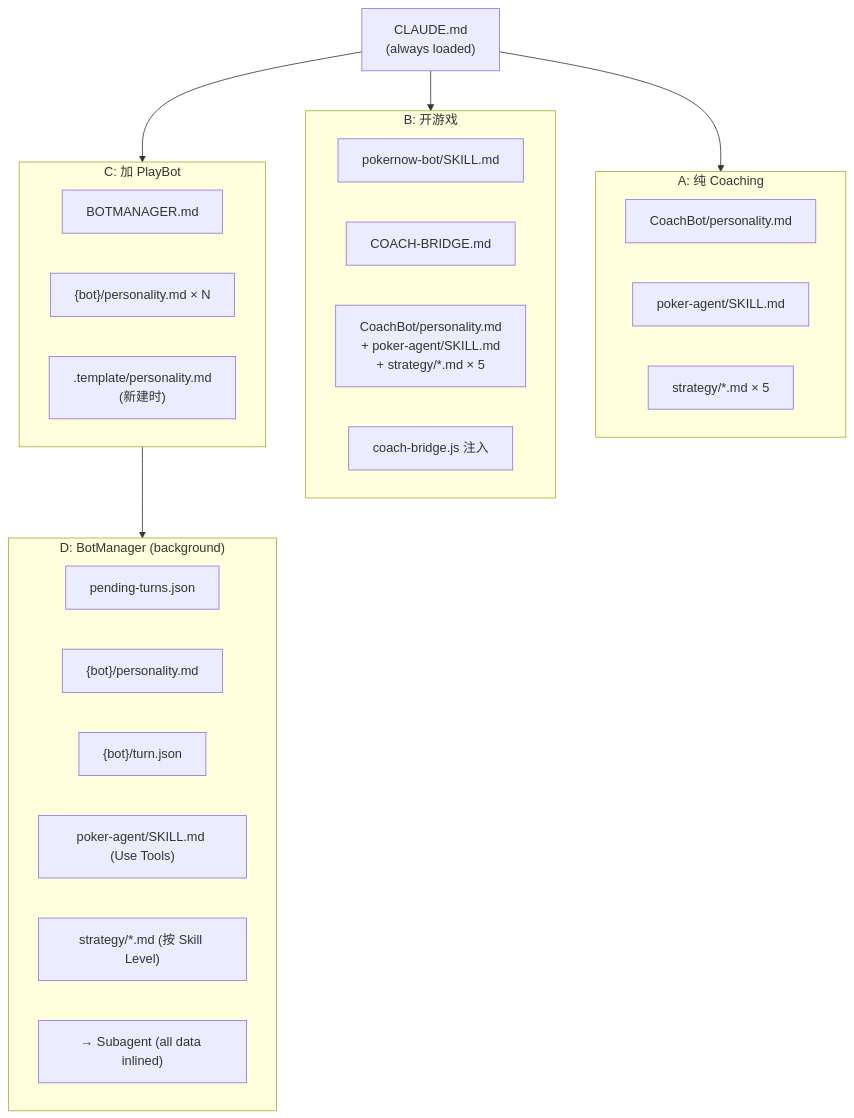
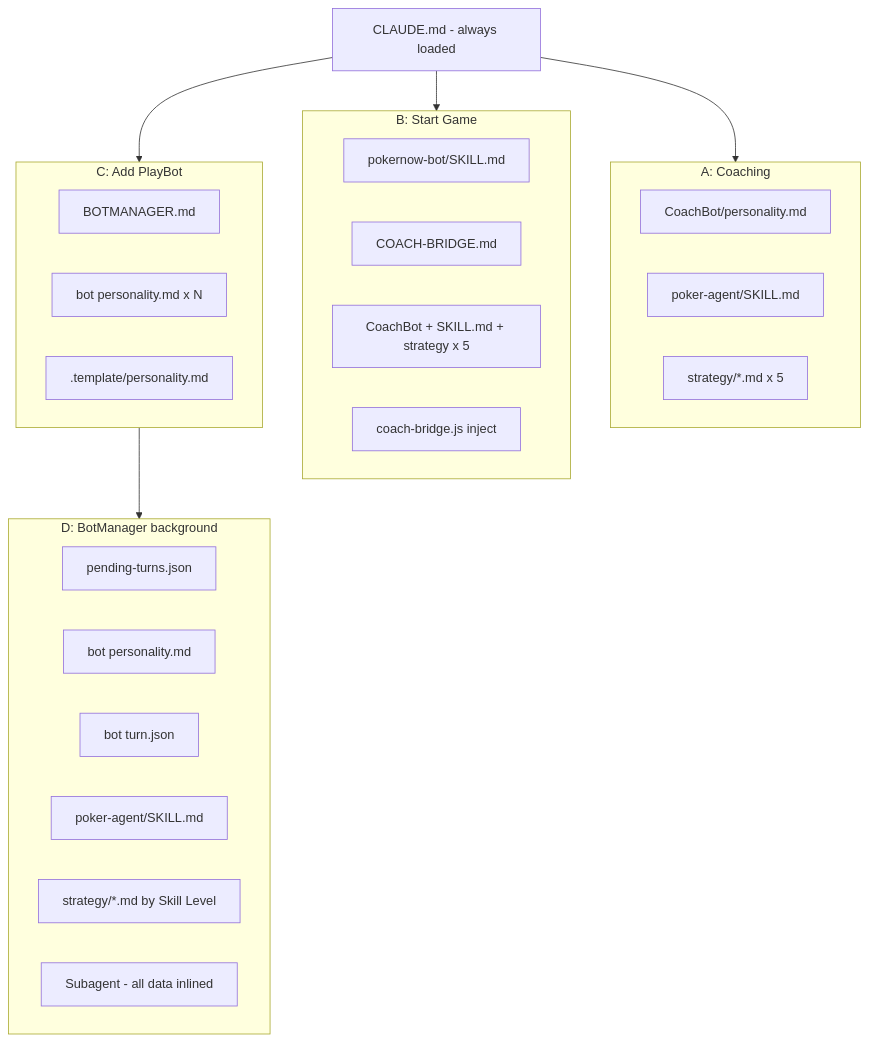
Before and after one commit to Trust-App-AI-Lab/PokerBot: the third of 3 diagrams in README.md, drawn with Mermaid. The commit also changed other lines of this file, not shown here.

First line of the commit message:
Fix mermaid diagram rendering on GitHub

````diff
--- a/README.md
+++ b/README.md
@@ -204,34 +207,36 @@
 ```mermaid
 flowchart TD
-    CM["CLAUDE.md\n(always loaded)"] --> A & B & C
+    CM["CLAUDE.md - always loaded"] --> A
+    CM --> B
+    CM --> C
 
-    subgraph A["A: 纯 Coaching"]
+    subgraph A["A: Coaching"]
         A1["CoachBot/personality.md"]
         A2["poker-agent/SKILL.md"]
-        A3["strategy/*.md × 5"]
+        A3["strategy/*.md x 5"]
     end
 
-    subgraph B["B: 开游戏"]
+    subgraph B["B: Start Game"]
         B1["pokernow-bot/SKILL.md"]
         B2["COACH-BRIDGE.md"]
-        B3["CoachBot/personality.md\n+ poker-agent/SKILL.md\n+ strategy/*.md × 5"]
-        B4["coach-bridge.js 注入"]
+        B3["CoachBot + SKILL.md + strategy x 5"]
+        B4["coach-bridge.js inject"]
     end
 
-    subgraph C["C: 加 PlayBot"]
+    subgraph C["C: Add PlayBot"]
         C1["BOTMANAGER.md"]
-        C2["{bot}/personality.md × N"]
-        C3[".template/personality.md\n(新建时)"]
+        C2["bot personality.md x N"]
+        C3[".template/personality.md"]
     end
 
     C --> D
 
-    subgraph D["D: BotManager (background)"]
+    subgraph D["D: BotManager background"]
         D1["pending-turns.json"]
-        D2["{bot}/personality.md"]
-        D3["{bot}/turn.json"]
-        D4["poker-agent/SKILL.md (Use Tools)"]
-        D5["strategy/*.md (按 Skill Level)"]
-        D6["→ Subagent (all data inlined)"]
+        D2["bot personality.md"]
+        D3["bot turn.json"]
+        D4["poker-agent/SKILL.md"]
+        D5["strategy/*.md by Skill Level"]
+        D6["Subagent - all data inlined"]
     end
 ```
````
